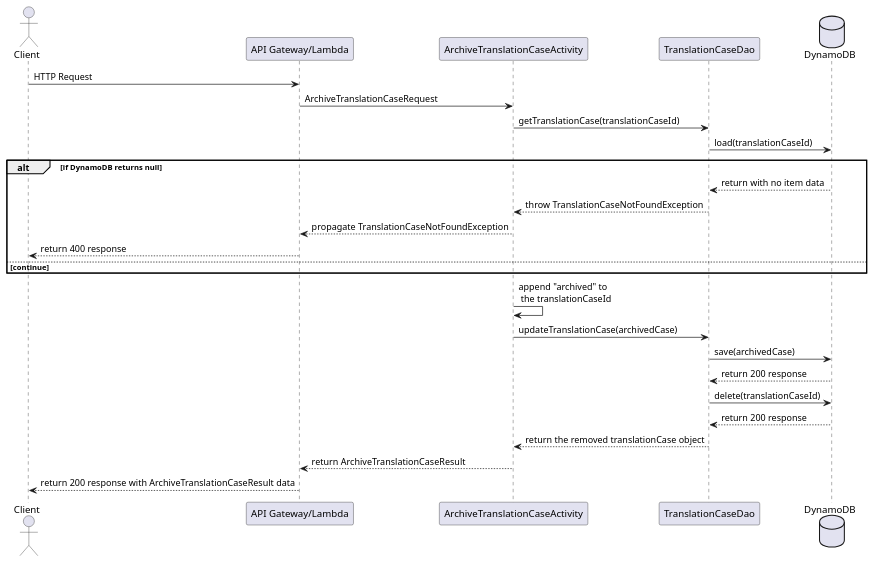
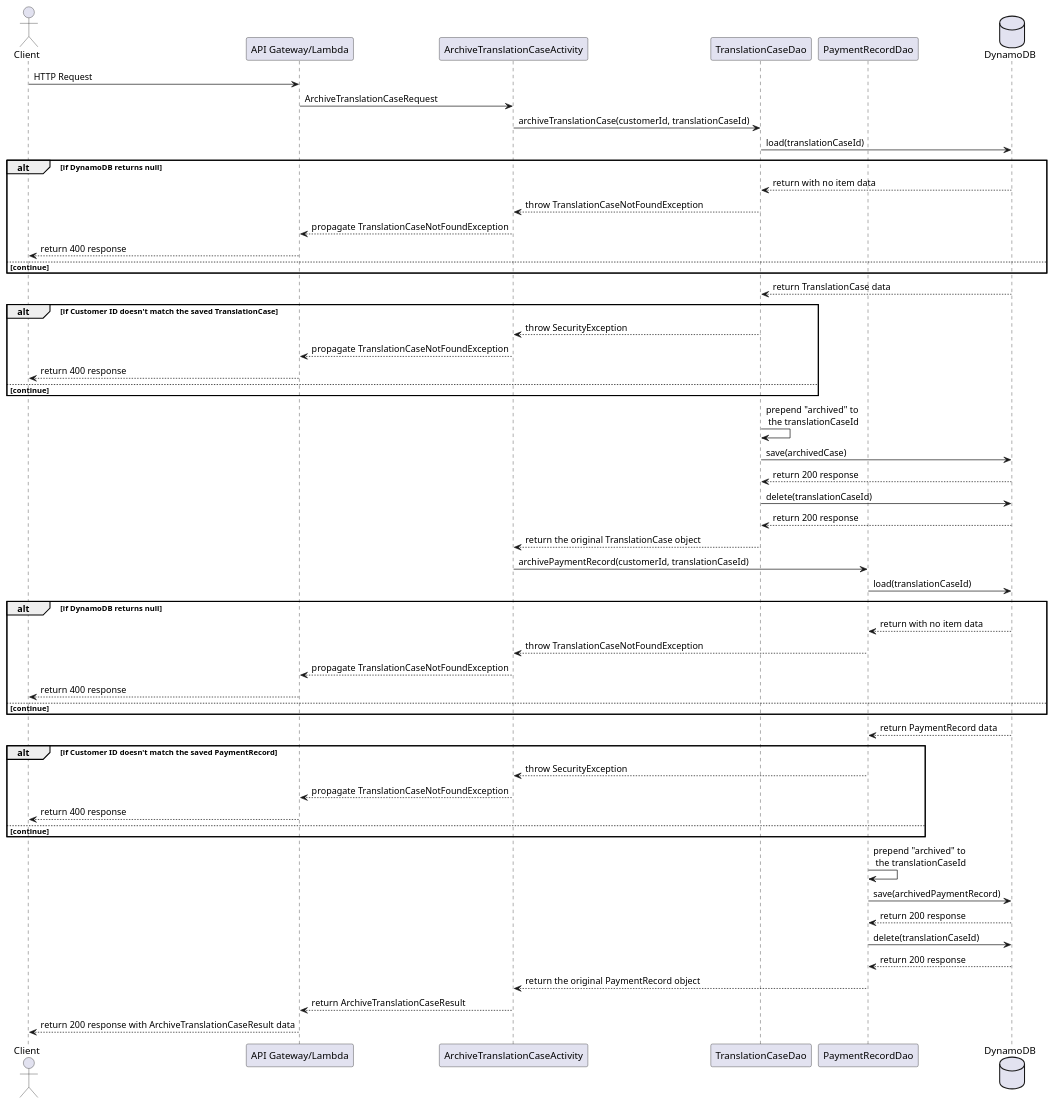
The diagram in resources/ArchiveTranslationCase-Sequence.puml (usedtothink/translation-tracker), drawn with PlantUML before and after one commit. The commit also changed 30 other files, not shown here.

```diff
--- a/resources/ArchiveTranslationCase-Sequence.puml
+++ b/resources/ArchiveTranslationCase-Sequence.puml
@@ -1,38 +1,70 @@
 @startuml
 
 actor Client
 participant "API Gateway/Lambda"
 participant ArchiveTranslationCaseActivity
 participant TranslationCaseDao
+participant PaymentRecordDao
 database    DynamoDB
 
 Client -> "API Gateway/Lambda" : HTTP Request
 "API Gateway/Lambda" -> ArchiveTranslationCaseActivity : ArchiveTranslationCaseRequest
 
-ArchiveTranslationCaseActivity -> TranslationCaseDao : getTranslationCase(translationCaseId)
+ArchiveTranslationCaseActivity -> TranslationCaseDao : archiveTranslationCase(customerId, translationCaseId)
 TranslationCaseDao -> DynamoDB : load(translationCaseId)
 
 alt if DynamoDB returns null
     DynamoDB --> TranslationCaseDao: return with no item data
     TranslationCaseDao --> ArchiveTranslationCaseActivity: throw TranslationCaseNotFoundException
     ArchiveTranslationCaseActivity --> "API Gateway/Lambda": propagate TranslationCaseNotFoundException
     "API Gateway/Lambda" --> Client : return 400 response
 else continue
 end
 
-ArchiveTranslationCaseActivity -> ArchiveTranslationCaseActivity : append "archived" to \n the translationCaseId
+DynamoDB --> TranslationCaseDao : return TranslationCase data
 
-ArchiveTranslationCaseActivity -> TranslationCaseDao : updateTranslationCase(archivedCase)
+alt if Customer ID doesn't match the saved TranslationCase
+    TranslationCaseDao --> ArchiveTranslationCaseActivity: throw SecurityException
+    ArchiveTranslationCaseActivity --> "API Gateway/Lambda": propagate TranslationCaseNotFoundException
+    "API Gateway/Lambda" --> Client : return 400 response
+else continue
+end
 
+TranslationCaseDao -> TranslationCaseDao : prepend "archived" to \n the translationCaseId
 TranslationCaseDao -> DynamoDB : save(archivedCase)
 DynamoDB --> TranslationCaseDao : return 200 response
-
 TranslationCaseDao -> DynamoDB : delete(translationCaseId)
 DynamoDB --> TranslationCaseDao : return 200 response
+TranslationCaseDao --> ArchiveTranslationCaseActivity : return the original TranslationCase object
 
+ArchiveTranslationCaseActivity -> PaymentRecordDao : archivePaymentRecord(customerId, translationCaseId)
+PaymentRecordDao -> DynamoDB : load(translationCaseId)
 
-TranslationCaseDao --> ArchiveTranslationCaseActivity : return the removed translationCase object
+alt if DynamoDB returns null
+    DynamoDB --> PaymentRecordDao: return with no item data
+    PaymentRecordDao --> ArchiveTranslationCaseActivity: throw TranslationCaseNotFoundException
+    ArchiveTranslationCaseActivity --> "API Gateway/Lambda": propagate TranslationCaseNotFoundException
+    "API Gateway/Lambda" --> Client : return 400 response
+else continue
+end
+
+DynamoDB --> PaymentRecordDao : return PaymentRecord data
+
+alt if Customer ID doesn't match the saved PaymentRecord
+    PaymentRecordDao --> ArchiveTranslationCaseActivity: throw SecurityException
+    ArchiveTranslationCaseActivity --> "API Gateway/Lambda": propagate TranslationCaseNotFoundException
+    "API Gateway/Lambda" --> Client : return 400 response
+else continue
+end
+
+PaymentRecordDao -> PaymentRecordDao : prepend "archived" to \n the translationCaseId
+PaymentRecordDao -> DynamoDB : save(archivedPaymentRecord)
+DynamoDB --> PaymentRecordDao : return 200 response
+PaymentRecordDao -> DynamoDB : delete(translationCaseId)
+DynamoDB --> PaymentRecordDao : return 200 response
+PaymentRecordDao --> ArchiveTranslationCaseActivity : return the original PaymentRecord object
+
 ArchiveTranslationCaseActivity --> "API Gateway/Lambda" : return ArchiveTranslationCaseResult
 "API Gateway/Lambda" --> Client : return 200 response with ArchiveTranslationCaseResult data
 
 @enduml
```
